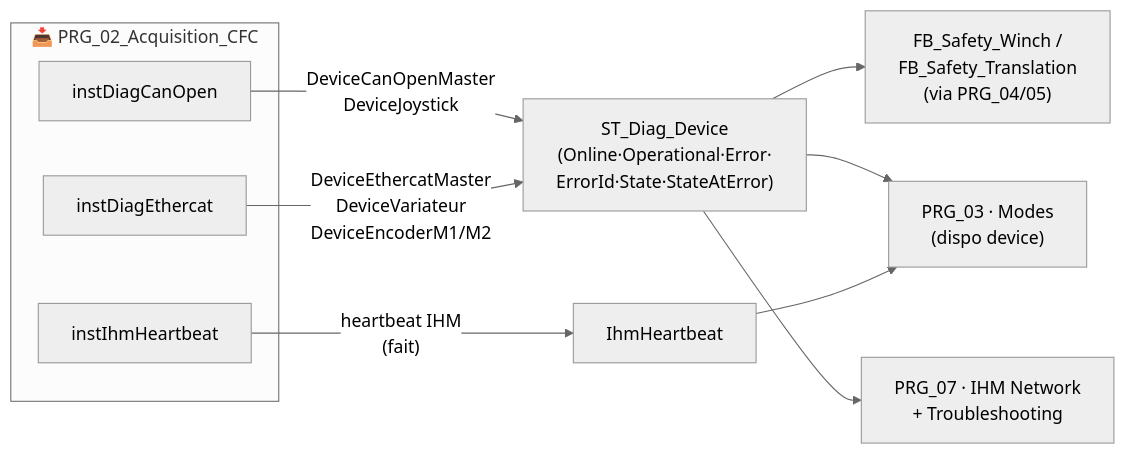
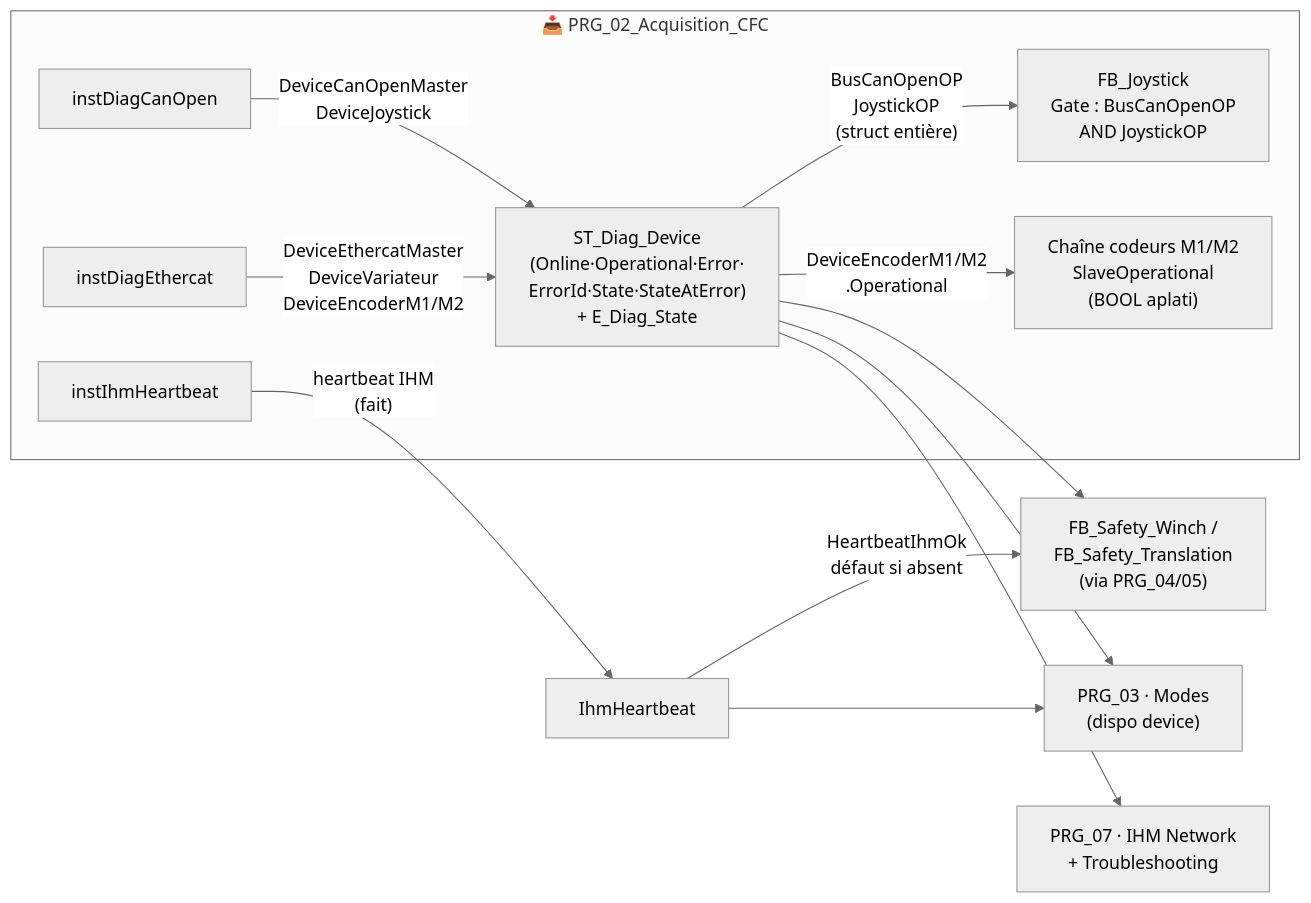
One commit to MatGros/2026_Projet_YGO_ExcavatriceDragage changed the fourth of 7 diagrams in DOC/AUDITS/Architecture/DIAGRAMME_ARCHITECTURE_CFC_TARGET.md. Above: the diagram before and after it, drawn with Mermaid (neutral theme). The commit also changed other lines of this file, not shown here.

Commit message:
DOC: diagramme zoom B - diag bus consomme a la frontiere (gate joystick + codeurs) et en aval (Safety/Modes/IHM)

````diff
--- a/DOC/AUDITS/Architecture/DIAGRAMME_ARCHITECTURE_CFC_TARGET.md
+++ b/DOC/AUDITS/Architecture/DIAGRAMME_ARCHITECTURE_CFC_TARGET.md
@@ -153,15 +153,21 @@
 ```mermaid
 flowchart LR
     subgraph ACQ["📥 PRG_02_Acquisition_CFC"]
         CAN["instDiagCanOpen"]
         ETH["instDiagEthercat"]
         HBT["instIhmHeartbeat"]
+        DD["ST_Diag_Device<br/>(Online·Operational·Error·<br/>ErrorId·State·StateAtError)<br/>+ E_Diag_State"]
+        JOY["FB_Joystick<br/>Gate : BusCanOpenOP<br/>AND JoystickOP"]
+        COD["Chaîne codeurs M1/M2<br/>SlaveOperational<br/>(BOOL aplati)"]
     end
-    CAN -->|"DeviceCanOpenMaster<br/>DeviceJoystick"| DD["ST_Diag_Device<br/>(Online·Operational·Error·<br/>ErrorId·State·StateAtError)"]
+    CAN -->|"DeviceCanOpenMaster<br/>DeviceJoystick"| DD
     ETH -->|"DeviceEthercatMaster<br/>DeviceVariateur<br/>DeviceEncoderM1/M2"| DD
     HBT -->|"heartbeat IHM<br/>(fait)"| HB["IhmHeartbeat"]
+    DD -->|"BusCanOpenOP<br/>JoystickOP<br/>(struct entière)"| JOY
+    DD -->|"DeviceEncoderM1/M2<br/>.Operational"| COD
     DD --> SAF["FB_Safety_Winch /<br/>FB_Safety_Translation<br/>(via PRG_04/05)"]
     DD --> MOD["PRG_03 · Modes<br/>(dispo device)"]
     DD --> IHM["PRG_07 · IHM Network<br/>+ Troubleshooting"]
     HB --> MOD
+    HB -->|"HeartbeatIhmOk<br/>défaut si absent"| SAF
 ```
````
